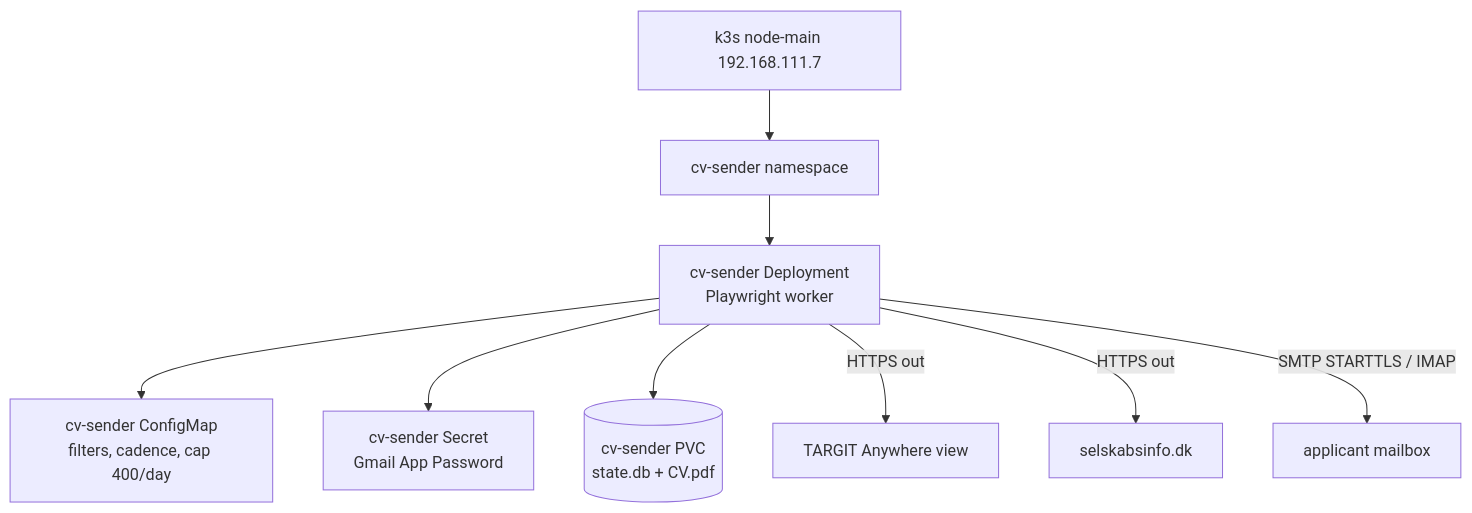
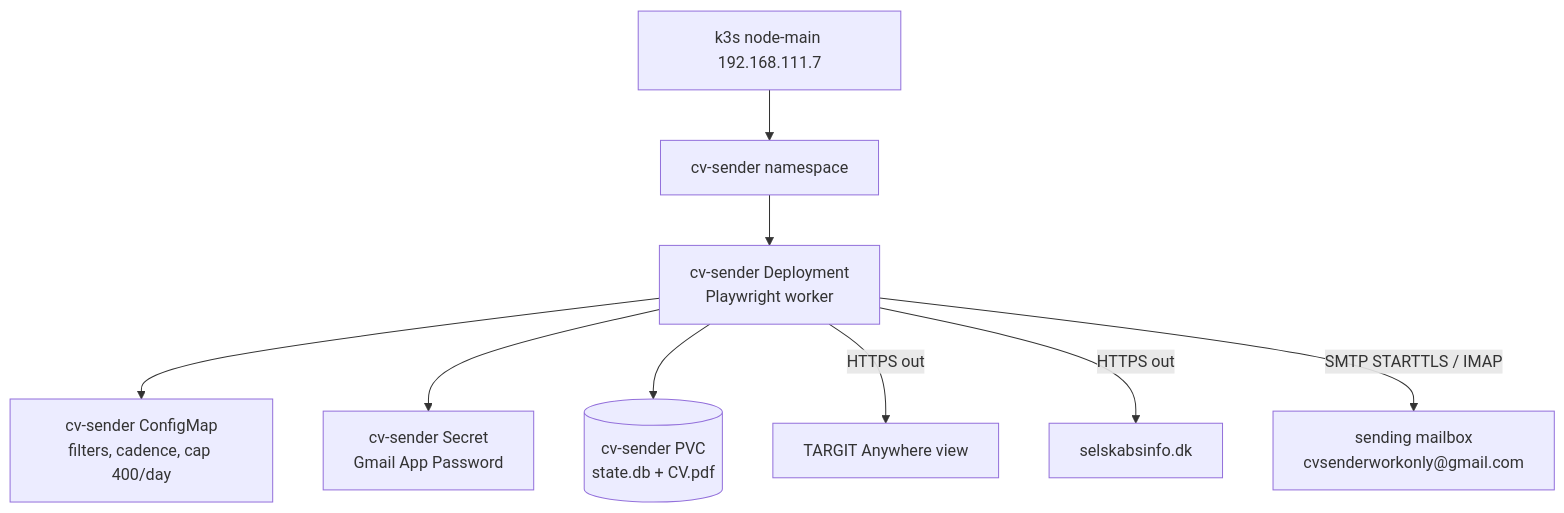
One commit to padawont/Homelab changed the second of 2 diagrams in 04_ADRs/612-cv-sender.md. Above: the diagram before and after it, drawn with Mermaid. The commit also changed other lines of this file and 3 other files, not shown here.

````diff
--- a/04_ADRs/612-cv-sender.md
+++ b/04_ADRs/612-cv-sender.md
@@ -127,11 +129,11 @@
 ```mermaid
 graph TD
     K3S[k3s node-main 192.168.111.7] --> NS[cv-sender namespace]
     NS --> DEP[cv-sender Deployment<br/>Playwright worker]
     DEP --> CM[cv-sender ConfigMap<br/>filters, cadence, cap 400/day]
     DEP --> SEC[cv-sender Secret<br/>Gmail App Password]
     DEP --> PVC[(cv-sender PVC<br/>state.db + CV.pdf)]
     DEP -->|HTTPS out| TARGIT[TARGIT Anywhere view]
     DEP -->|HTTPS out| SELSKAB[selskabsinfo.dk]
-    DEP -->|SMTP STARTTLS / IMAP| MAIL[applicant mailbox]
+    DEP -->|SMTP STARTTLS / IMAP| MAIL[sending mailbox<br/>cvsenderworkonly@gmail.com]
 ```
````
